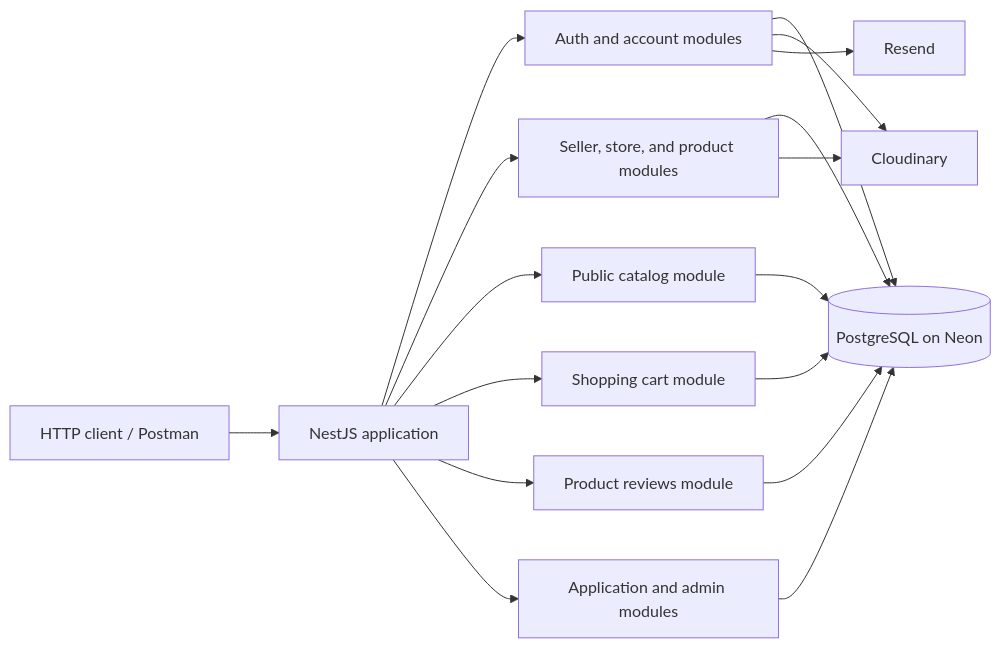
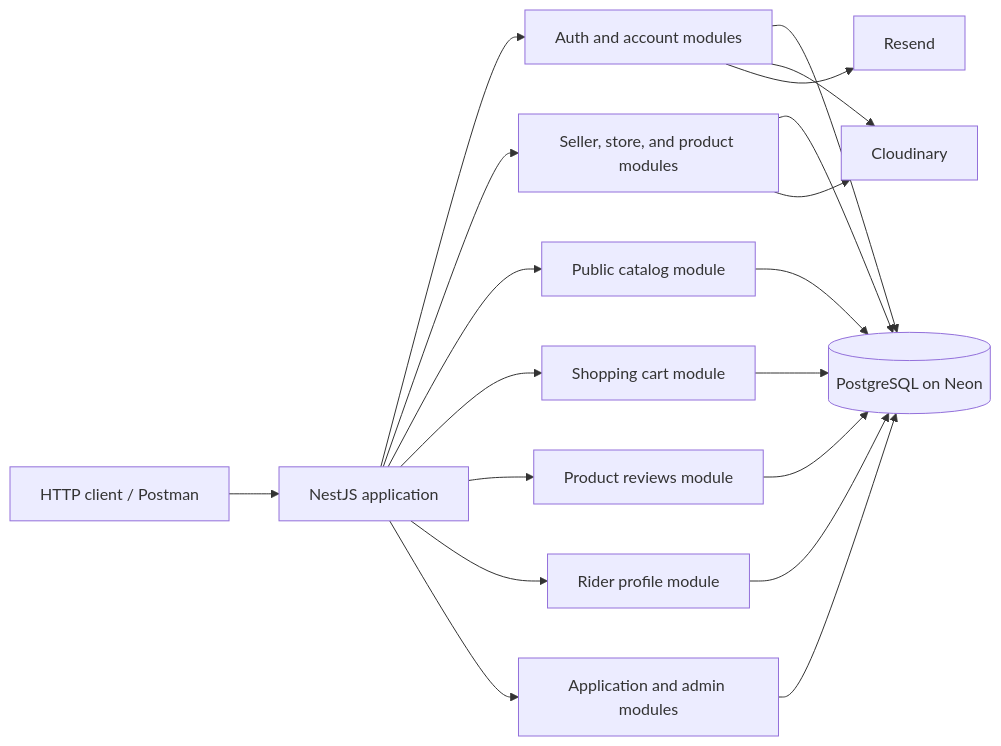
One commit to Yosf96633/nest-e-commerce changed the first of 4 diagrams in architecture.md. Above: the diagram before and after it, drawn with Mermaid. The commit also changed other lines of this file and 23 other files, not shown here.

First line of the commit message:
feat(rider): implement rider profile management and availability updates

````diff
--- a/architecture.md
+++ b/architecture.md
@@ -9,31 +9,34 @@
 ```mermaid
 flowchart LR
     Client[HTTP client / Postman]
     API[NestJS application]
     Auth[Auth and account modules]
     Seller[Seller, store, and product modules]
     Catalog[Public catalog module]
     Cart[Shopping cart module]
     Reviews[Product reviews module]
+    Rider[Rider profile module]
     Admin[Application and admin modules]
     DB[(PostgreSQL on Neon)]
     Cloudinary[Cloudinary]
     Resend[Resend]
 
     Client --> API
     API --> Auth
     API --> Seller
     API --> Catalog
     API --> Cart
     API --> Reviews
+    API --> Rider
     API --> Admin
     Auth --> DB
     Seller --> DB
     Catalog --> DB
     Cart --> DB
     Reviews --> DB
+    Rider --> DB
     Admin --> DB
     Auth --> Cloudinary
     Seller --> Cloudinary
     Auth --> Resend
 ```
````
